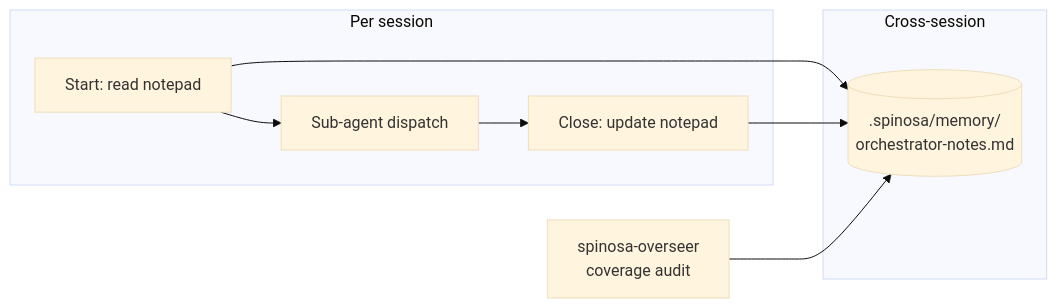
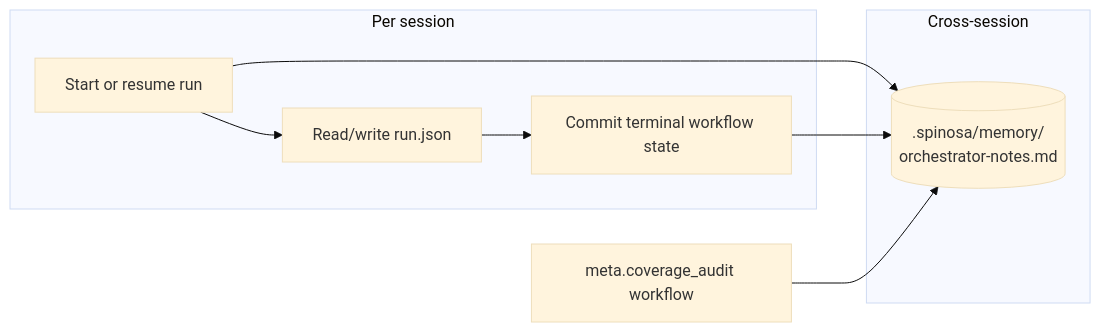
Before and after one commit to medialab/spinosa: the eighth of 9 diagrams in workspace-template/docs/diagrams.md, drawn with Mermaid (base theme). The commit also changed other lines of this file and 12 other files, not shown here.

````diff
--- a/workspace-template/docs/diagrams.md
+++ b/workspace-template/docs/diagrams.md
@@ -262,15 +228,15 @@
 ```mermaid
 flowchart LR
     subgraph Session ["Per session"]
-        START[Start: read notepad] --> DISP[Sub-agent dispatch]
-        DISP --> CLOSE2[Close: update notepad]
+        START[Start or resume run] --> STATE[Read/write run.json]
+        STATE --> CLOSE2[Commit terminal workflow state]
     end
 
     subgraph Persistence ["Cross-session"]
         NOTES2[(.spinosa/memory/\norchestrator-notes.md)]
     end
 
     START --> NOTES2
     CLOSE2 --> NOTES2
-    OVERSEER2[spinosa-overseer\ncoverage audit] --> NOTES2
+    AUDIT[meta.coverage_audit workflow] --> NOTES2
 ```
````
